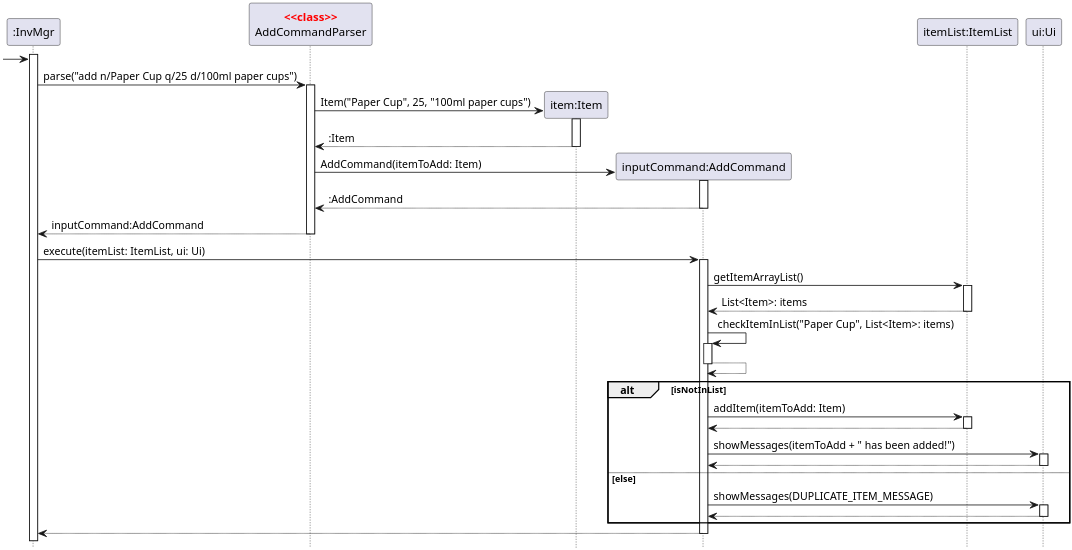
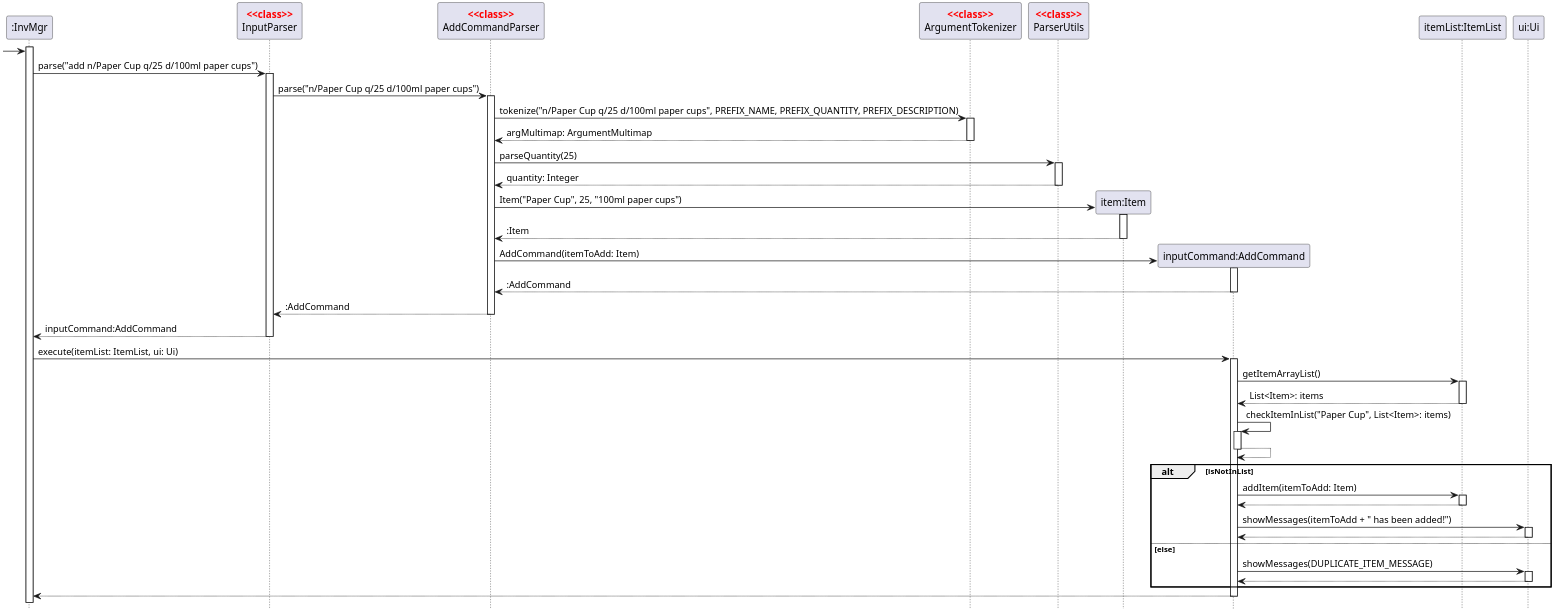
One commit to nus-cs2113-AY2122S2/tp changed the diagram in docs/diagrams/AddCommandSequenceDiagram.puml. Above: the diagram before and after it, drawn with PlantUML. The commit also changed 5 other files, not shown here.

```diff
--- a/docs/diagrams/AddCommandSequenceDiagram.puml
+++ b/docs/diagrams/AddCommandSequenceDiagram.puml
@@ -1,62 +1,78 @@
 @startuml
 'https://plantuml.com/sequence-diagram
 hide footbox
 
 skinparam guillemet false
 skinparam sequenceStereotypeFontColor red
 skinparam sequenceStereotypeFontStyle bold
-skinparam dpi 300
+skinparam dpi 260
 
 Participant ":InvMgr" as invmgr
+Participant "InputParser" as input <<class>>
 Participant "AddCommandParser" as parser <<class>>
+Participant "ArgumentTokenizer" as arg <<class>>
+Participant "ParserUtils" as utils <<class>>
 Participant "item:Item" as item
 Participant "inputCommand:AddCommand" as cmd
 Participant "itemList:ItemList" as itemlist
 Participant "ui:Ui" as ui
 
 activate invmgr
 
 -> invmgr
-invmgr -> parser:parse("add n/Paper Cup q/25 d/100ml paper cups")
+invmgr -> input:parse("add n/Paper Cup q/25 d/100ml paper cups")
+activate input
+
+input -> parser:parse("n/Paper Cup q/25 d/100ml paper cups")
 activate parser
+
+parser -> arg:tokenize("n/Paper Cup q/25 d/100ml paper cups", PREFIX_NAME, PREFIX_QUANTITY, PREFIX_DESCRIPTION)
+activate arg
+return argMultimap: ArgumentMultimap
+
+parser -> utils:parseQuantity(25)
+activate utils
+return quantity: Integer
 
 create item
 parser -> item:Item("Paper Cup", 25, "100ml paper cups")
 activate item
 return :Item
 
 create cmd
 parser -> cmd:AddCommand(itemToAdd: Item)
 activate cmd
+return :AddCommand
+
 return :AddCommand
 
 return inputCommand:AddCommand
 
 invmgr -> cmd:execute(itemList: ItemList, ui: Ui)
 activate cmd
 
 cmd -> itemlist:getItemArrayList()
 activate itemlist
 return List<Item>: items
 
 cmd -> cmd:checkItemInList("Paper Cup", List<Item>: items)
 activate cmd
 
 return
 
 alt isNotInList
     cmd -> itemlist:addItem(itemToAdd: Item)
     activate itemlist
     return
 
     cmd -> ui:showMessages(itemToAdd + " has been added!")
     activate ui
     return
 else else
     cmd -> ui:showMessages(DUPLICATE_ITEM_MESSAGE)
     activate ui
     return
 end
 
 return
 @enduml
```
